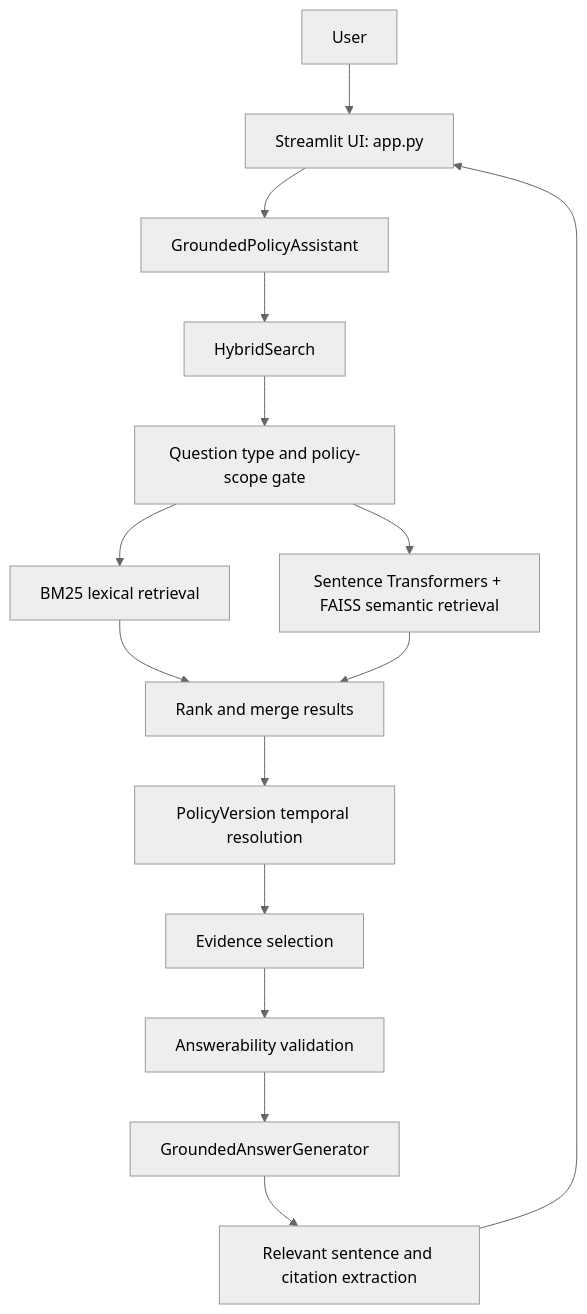
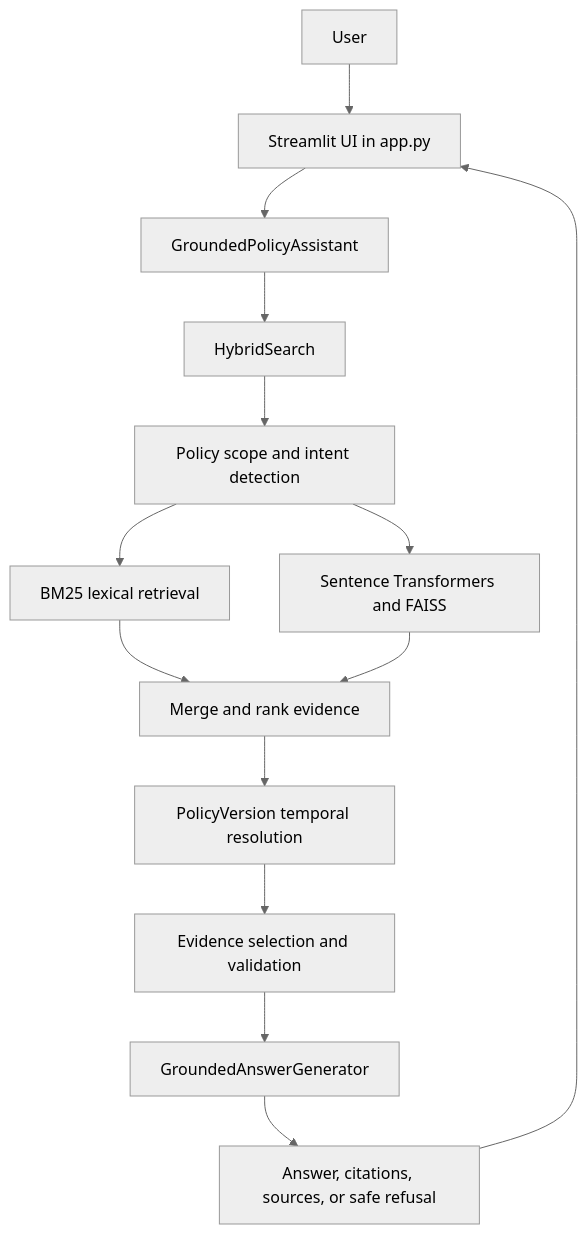
Before and after one commit to mbkbala/grounded-answer: the first of 3 diagrams in README.md, drawn with Mermaid (neutral theme). The commit also changed other lines of this file, not shown here.

````diff
--- a/README.md
+++ b/README.md
@@ -56,17 +269,16 @@
 ```mermaid
 flowchart TD
-      U[User] --> UI[Streamlit UI: app.py]
-      UI --> A[GroundedPolicyAssistant]
-      A --> R[HybridSearch]
-      R --> G[Question type and policy-scope gate]
-      G --> L[BM25 lexical retrieval]
-      G --> S[Sentence Transformers + FAISS semantic retrieval]
-      L --> M[Rank and merge results]
-      S --> M
-      M --> T[PolicyVersion temporal resolution]
-      T --> E[Evidence selection]
-      E --> V[Answerability validation]
-      V --> AG[GroundedAnswerGenerator]
-      AG --> X[Relevant sentence and citation extraction]
-      X --> UI
+    User[User] --> UI[Streamlit UI in app.py]
+    UI --> Pipeline[GroundedPolicyAssistant]
+    Pipeline --> Search[HybridSearch]
+    Search --> Scope[Policy scope and intent detection]
+    Scope --> BM25[BM25 lexical retrieval]
+    Scope --> Embeddings[Sentence Transformers and FAISS]
+    BM25 --> Rank[Merge and rank evidence]
+    Embeddings --> Rank
+    Rank --> Version[PolicyVersion temporal resolution]
+    Version --> Validate[Evidence selection and validation]
+    Validate --> Generator[GroundedAnswerGenerator]
+    Generator --> Response[Answer, citations, sources, or safe refusal]
+    Response --> UI
 ```
````
